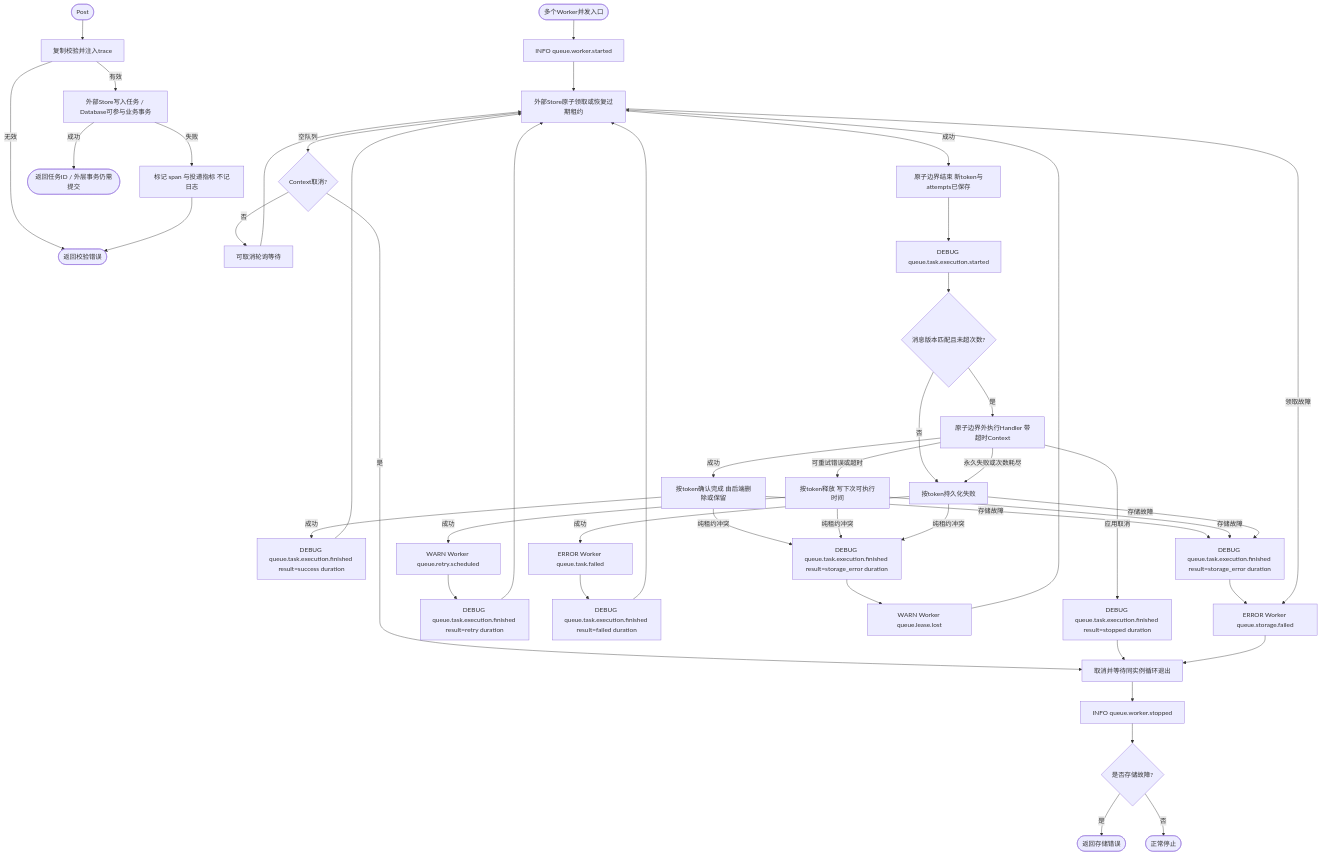
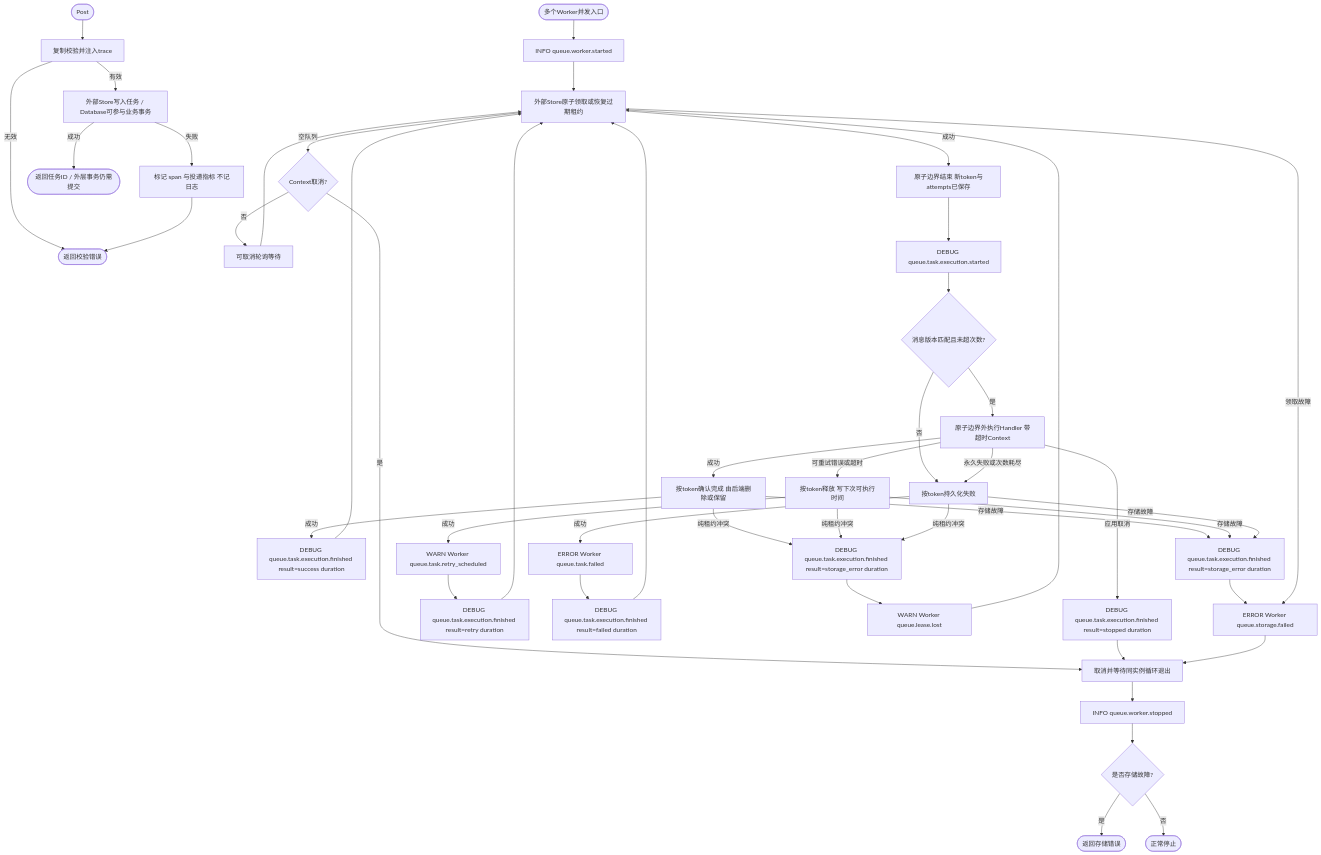
The second of 3 diagrams in pkg/queue/README.md (jaggerzhuang1994/kratos-foundation), drawn with Mermaid before and after one commit. The commit also changed 56 other files, not shown here.

````diff
--- a/pkg/queue/README.md
+++ b/pkg/queue/README.md
@@ -99,44 +99,44 @@
 ```mermaid
 flowchart TD
     A([Post]) --> B[复制校验并注入trace]
     B -- 无效 --> C([返回校验错误])
     B -- 有效 --> D[外部Store写入任务 / Database可参与业务事务]
     D -- 失败 --> E[标记 span 与投递指标 不记日志]
     E --> C
     D -- 成功 --> F([返回任务ID / 外层事务仍需提交])
     G([多个Worker并发入口]) --> GS[INFO queue.worker.started]
     GS --> H[外部Store原子领取或恢复过期租约]
     H -- 空队列 --> I{Context取消?}
     I -- 否 --> J[可取消轮询等待]
     J --> H
     I -- 是 --> Z[取消并等待同实例循环退出]
     Z --> ZL[INFO queue.worker.stopped]
     ZE([正常停止])
     H -- 成功 --> K[原子边界结束 新token与attempts已保存]
     K --> KS[DEBUG queue.task.execution.started]
     KS --> L{消息版本匹配且未超次数?}
     L -- 是 --> M[原子边界外执行Handler 带超时Context]
     L -- 否 --> R[按token持久化失败]
     M -- 成功 --> N[按token确认完成 由后端删除或保留]
     M -- 可重试错误或超时 --> O[按token释放 写下次可执行时间]
     M -- 永久失败或次数耗尽 --> R
     M -- 应用取消 --> PS[DEBUG queue.task.execution.finished result=stopped duration]
     PS --> Z
     N -- 成功 --> P[DEBUG queue.task.execution.finished result=success duration]
-    O -- 成功 --> Q[WARN Worker queue.retry.scheduled]
+    O -- 成功 --> Q[WARN Worker queue.task.retry_scheduled]
     R -- 成功 --> S[ERROR Worker queue.task.failed]
     Q --> Q1[DEBUG queue.task.execution.finished result=retry duration]
     S --> S1[DEBUG queue.task.execution.finished result=failed duration]
     P --> H
     Q1 & S1 --> H
     N & O & R -- 纯租约冲突 --> TL[DEBUG queue.task.execution.finished result=storage_error duration]
     TL --> T[WARN Worker queue.lease.lost]
     T --> H
     N & O & R -- 存储故障 --> U1[DEBUG queue.task.execution.finished result=storage_error duration]
     U1 --> U[ERROR Worker queue.storage.failed]
     H -- 领取故障 --> U
     U --> Z
     ZL --> ZR{是否存储故障?}
     ZR -- 是 --> V([返回存储错误])
     ZR -- 否 --> ZE
 ```
````
